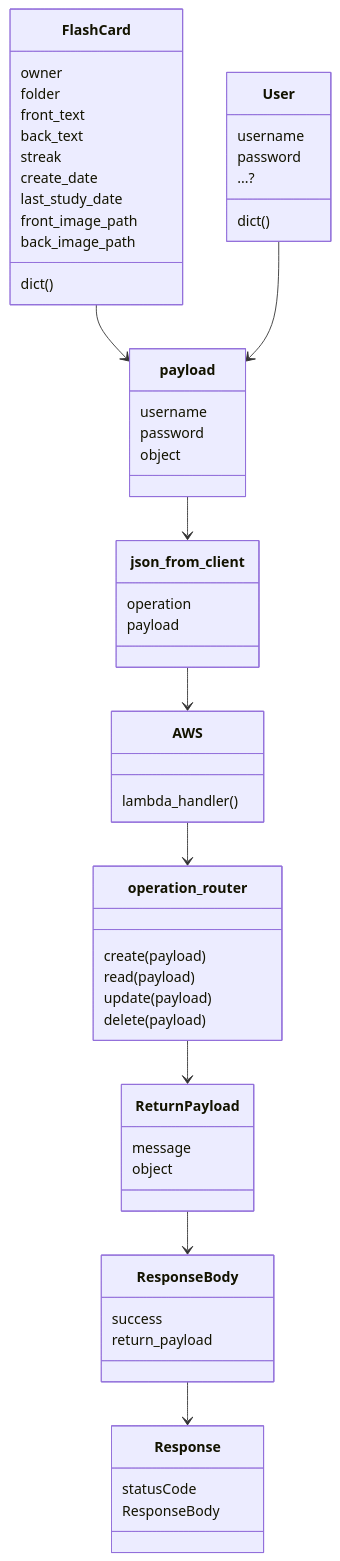
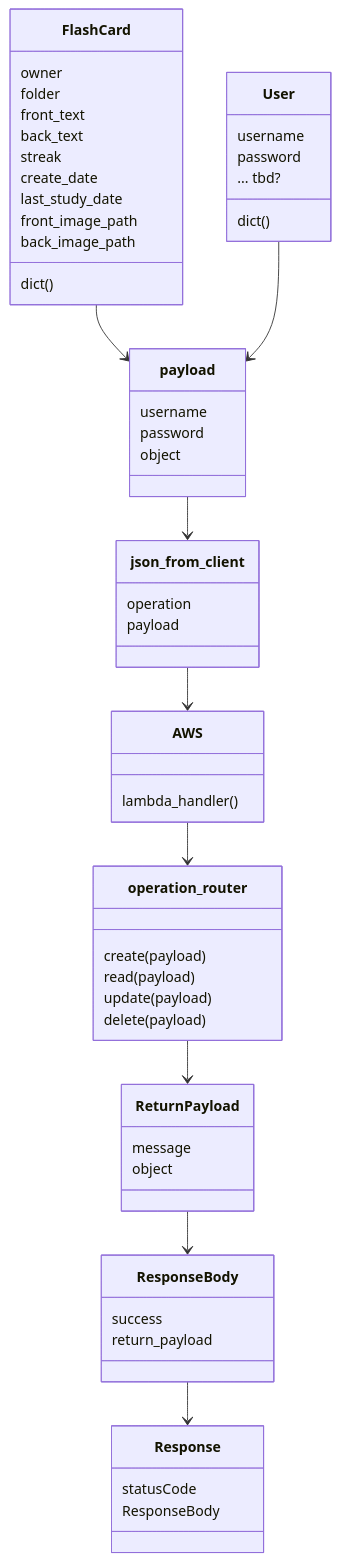
The second of 2 diagrams in documentation/some_reqs.md (patpragman/swe_class_project), drawn with Mermaid before and after one commit. The commit also changed 1 other file, not shown here.

Commit message:
slight typo fix

````diff
--- a/documentation/some_reqs.md
+++ b/documentation/some_reqs.md
@@ -47,75 +47,76 @@
 ```mermaid
  classDiagram
     class FlashCard{
         owner
         folder
         front_text
         back_text
         streak
         create_date
         last_study_date
         front_image_path
         back_image_path
         dict()
     }
 
     class User{
         username
         password
-        ...?
+        ... tbd?
         dict()
     }
 
     class payload{
         username
         password
         object
     }
 
     class json_from_client{
         operation
         payload
     }
 
     class AWS{
         lambda_handler()
     }
 
     class operation_router{
+       
         create(payload)
         read(payload)
         update(payload)
         delete(payload)
     }
 
     class ReturnPayload{
         message
         object
     }
 
     class ResponseBody{
         success
         return_payload
     }
 
     class Response{
         statusCode
         ResponseBody
     }
 
 
     FlashCard --> payload
     User --> payload
     payload --> json_from_client
 
     json_from_client --> AWS
 
     AWS --> operation_router
 
     operation_router --> ReturnPayload
 
     ReturnPayload --> ResponseBody
 
     ResponseBody --> Response
 
 ```
````
